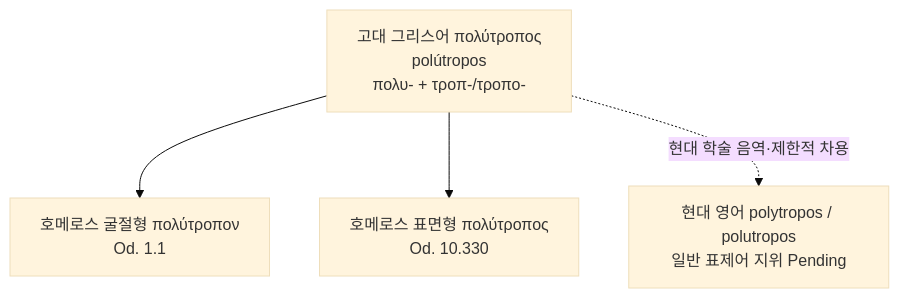
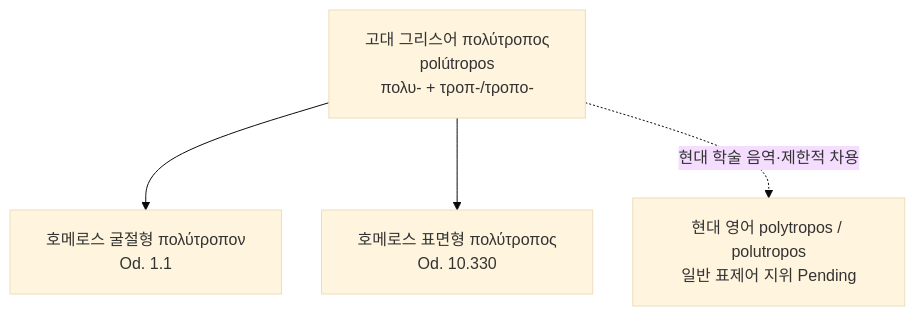
The diagram in words/word-polytropos.md (YgHnSIM/Homer_wiki), drawn with Mermaid (base theme) before and after one commit.

Commit message:
refactor(word-polytropos): Mermaid 신규격 적용 (flowchart·init·classDef 제거)

````diff
--- a/words/word-polytropos.md
+++ b/words/word-polytropos.md
@@ -37,6 +37,7 @@
 ```mermaid
-graph TD
+%%{init: {'flowchart': {'useMaxWidth': true, 'nodeSpacing': 40, 'rankSpacing': 56, 'padding': 18, 'subGraphTitleMargin': {'top': 18, 'bottom': 10}}}}%%
+flowchart TD
     GRK["고대 그리스어 πολύτροπος<br/>polútropos<br/>πολυ- + τροπ-/τροπο-"] --> H1["호메로스 굴절형 πολύτροπον<br/>Od. 1.1"]
     GRK --> H2["호메로스 표면형 πολύτροπος<br/>Od. 10.330"]
     GRK -. "현대 학술 음역·제한적 차용" .-> ENG["현대 영어 polytropos / polutropos<br/>일반 표제어 지위 Pending"]
 ```
````
